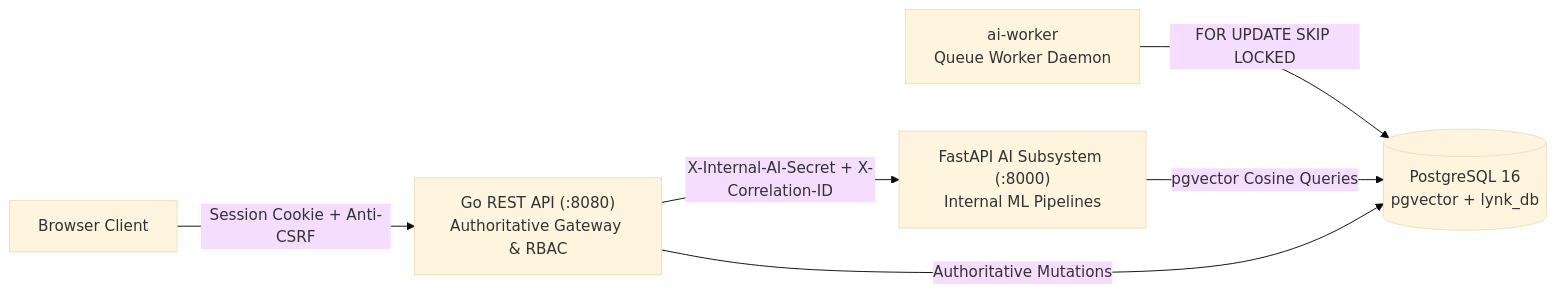
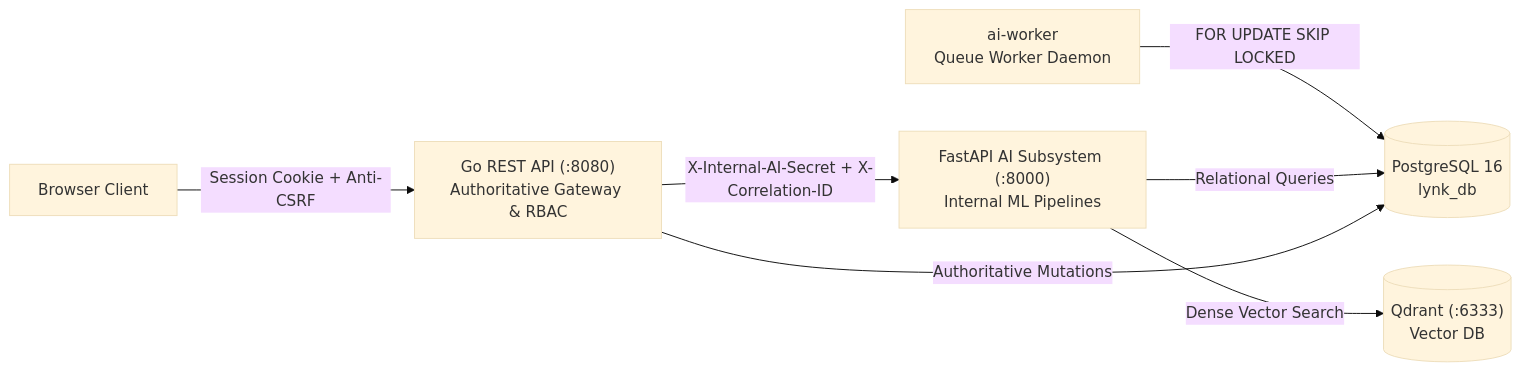
Before and after one commit to BIJJUDAMA/Lynk: the third of 3 diagrams in docs/architecture/security-and-iam.md, drawn with Mermaid (base theme). The commit also changed 13 other files, not shown here.

Commit message:
docs: synchronize repository documentation with implementation and establish Qdrant vector store

````diff
--- a/docs/architecture/security-and-iam.md
+++ b/docs/architecture/security-and-iam.md
@@ -228,14 +228,15 @@
 ```mermaid
 flowchart LR
     Client["Browser Client"]
     GoAPI["Go REST API (:8080)<br/>Authoritative Gateway & RBAC"]
     AIAPI["FastAPI AI Subsystem (:8000)<br/>Internal ML Pipelines"]
     Worker["ai-worker<br/>Queue Worker Daemon"]
-    Postgres[("PostgreSQL 16<br/>pgvector + lynk_db")]
+    Postgres[("PostgreSQL 16<br/>lynk_db")]
 
     Client -->|Session Cookie + Anti-CSRF| GoAPI
     GoAPI -->|X-Internal-AI-Secret + X-Correlation-ID| AIAPI
     Worker -->|FOR UPDATE SKIP LOCKED| Postgres
-    AIAPI -->|pgvector Cosine Queries| Postgres
+    AIAPI -->|Relational Queries| Postgres
+    AIAPI -->|Dense Vector Search| Qdrant[("Qdrant (:6333)<br/>Vector DB")]
     GoAPI -->|Authoritative Mutations| Postgres
 ```
````
